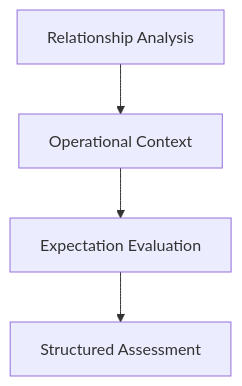
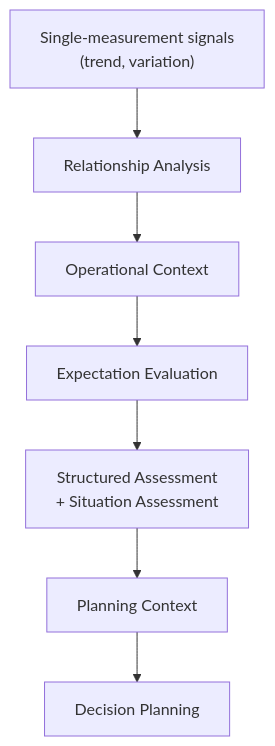
The third of 3 diagrams in docs/architecture.md (Saim-naushad/Odis), drawn with Mermaid before and after one commit. The commit also changed other lines of this file and 13 other files, not shown here.

````diff
--- a/docs/architecture.md
+++ b/docs/architecture.md
@@ -193,11 +221,17 @@
 ```mermaid
 flowchart TD
+    signals["Single-measurement signals\n(trend, variation)"]
     relationship["Relationship Analysis"]
     operational["Operational Context"]
     expectation["Expectation Evaluation"]
-    structured["Structured Assessment"]
+    structured["Structured Assessment\n+ Situation Assessment"]
+    planning["Planning Context"]
+    decision["Decision Planning"]
 
+    signals --> relationship
     relationship --> operational
     operational --> expectation
     expectation --> structured
+    structured --> planning
+    planning --> decision
 ```
````
